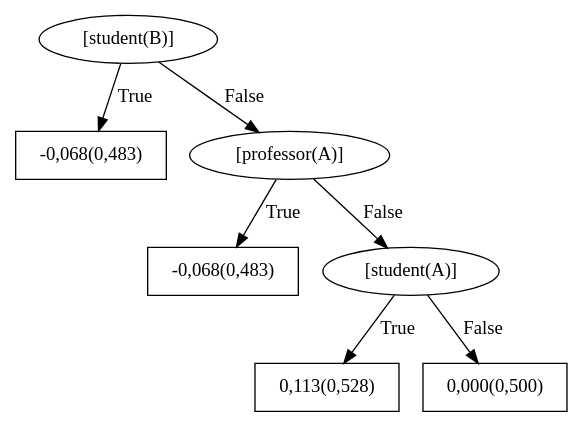
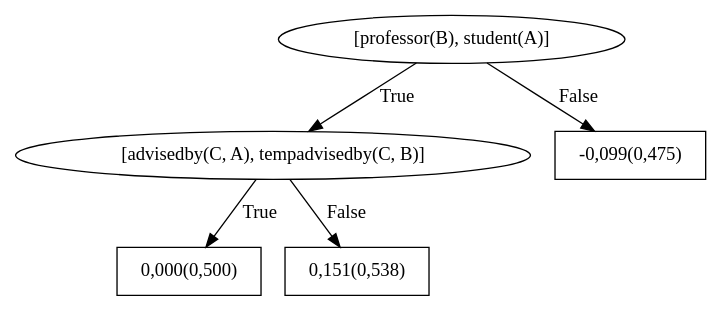
The diagram in boostsrl/train/models/bRDNs/dotFiles/WILLTreeFor_advisedby8.dot (MeLLL-UFF/groot), drawn with Graphviz before and after one commit. The commit also changed 67 other files, not shown here.

```diff
--- a/boostsrl/train/models/bRDNs/dotFiles/WILLTreeFor_advisedby8.dot
+++ b/boostsrl/train/models/bRDNs/dotFiles/WILLTreeFor_advisedby8.dot
@@ -1,15 +1,11 @@
 digraph G{ 
-1[label = "[student(B)]"];
+1[label = "[professor(B), student(A)]"];
 1 -> 2[label="True"];
 1 -> 3[label="False"];
-2[shape = box,label = "-0,068(0,483)"];
-3[label = "[professor(A)]"];
-3 -> 4[label="True"];
-3 -> 5[label="False"];
-4[shape = box,label = "-0,068(0,483)"];
-5[label = "[student(A)]"];
-5 -> 6[label="True"];
-5 -> 7[label="False"];
-6[shape = box,label = "0,113(0,528)"];
-7[shape = box,label = "0,000(0,500)"];
+2[label = "[advisedby(C, A), tempadvisedby(C, B)]"];
+2 -> 4[label="True"];
+2 -> 5[label="False"];
+4[shape = box,label = "0,000(0,500)"];
+5[shape = box,label = "0,151(0,538)"];
+3[shape = box,label = "-0,099(0,475)"];
 }
```
